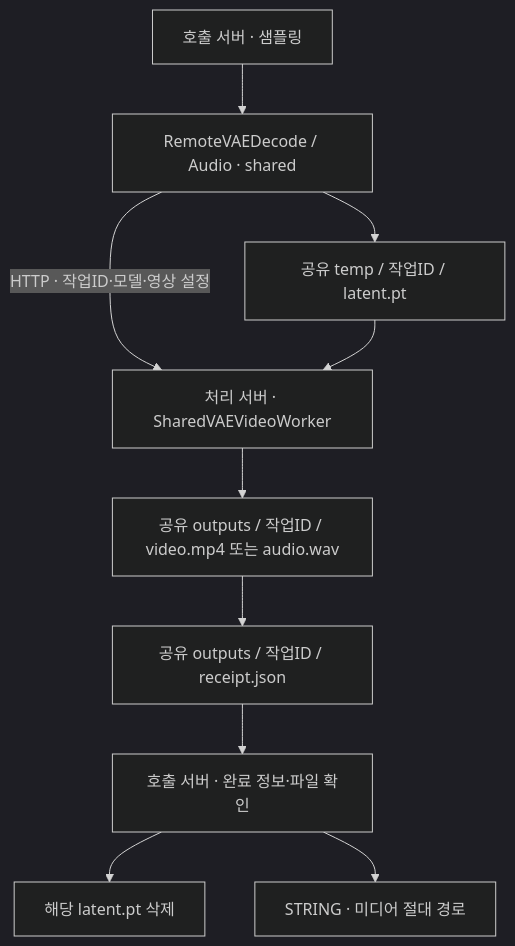
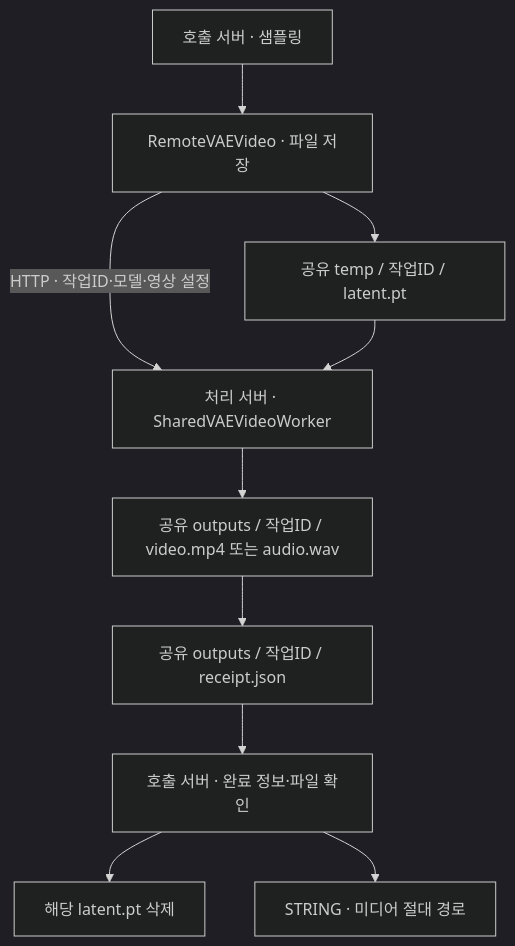
Before and after one commit to pollux-o4/RemoteWorker: the first of 2 diagrams in docs/architecture/06-shared-video.md, drawn with Mermaid (dark theme). The commit also changed other lines of this file and 38 other files, not shown here.

````diff
--- a/docs/architecture/06-shared-video.md
+++ b/docs/architecture/06-shared-video.md
@@ -5,12 +29,12 @@
 ```mermaid
 flowchart TB
-    Sampler[호출 서버 · 샘플링] --> Caller["RemoteVAEDecode / Audio · shared"]
+    Sampler[호출 서버 · 샘플링] --> Caller["RemoteVAEVideo · 파일 저장"]
     Caller --> Latent["공유 temp / 작업ID / latent.pt"]
     Caller -->|HTTP · 작업ID·모델·영상 설정| Peer[처리 서버 · SharedVAEVideoWorker]
     Latent --> Peer
     Peer --> Video["공유 outputs / 작업ID / video.mp4 또는 audio.wav"]
     Video --> Receipt["공유 outputs / 작업ID / receipt.json"]
     Receipt --> Verify[호출 서버 · 완료 정보·파일 확인]
     Verify --> Delete[해당 latent.pt 삭제]
     Verify --> Result[STRING · 미디어 절대 경로]
 ```
````
